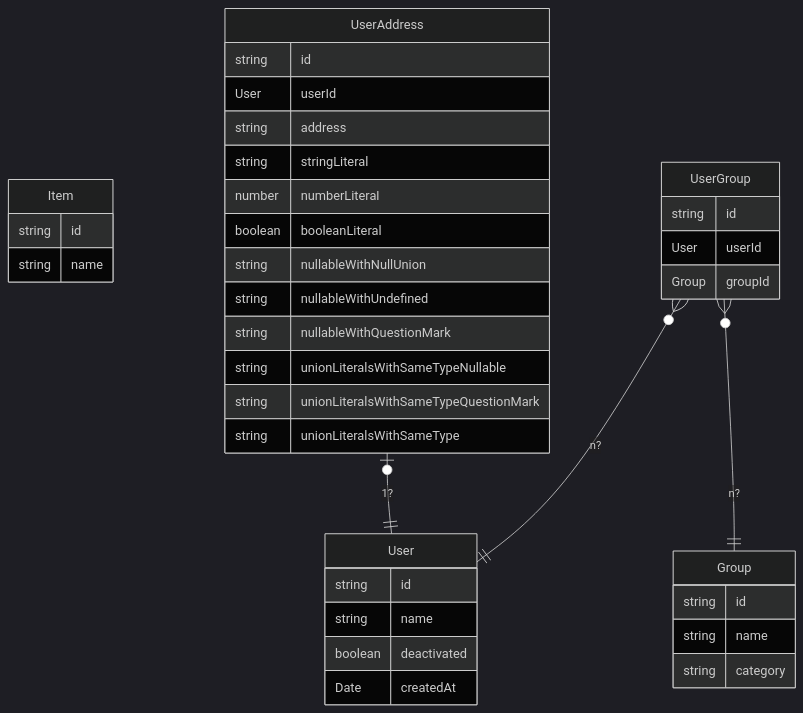
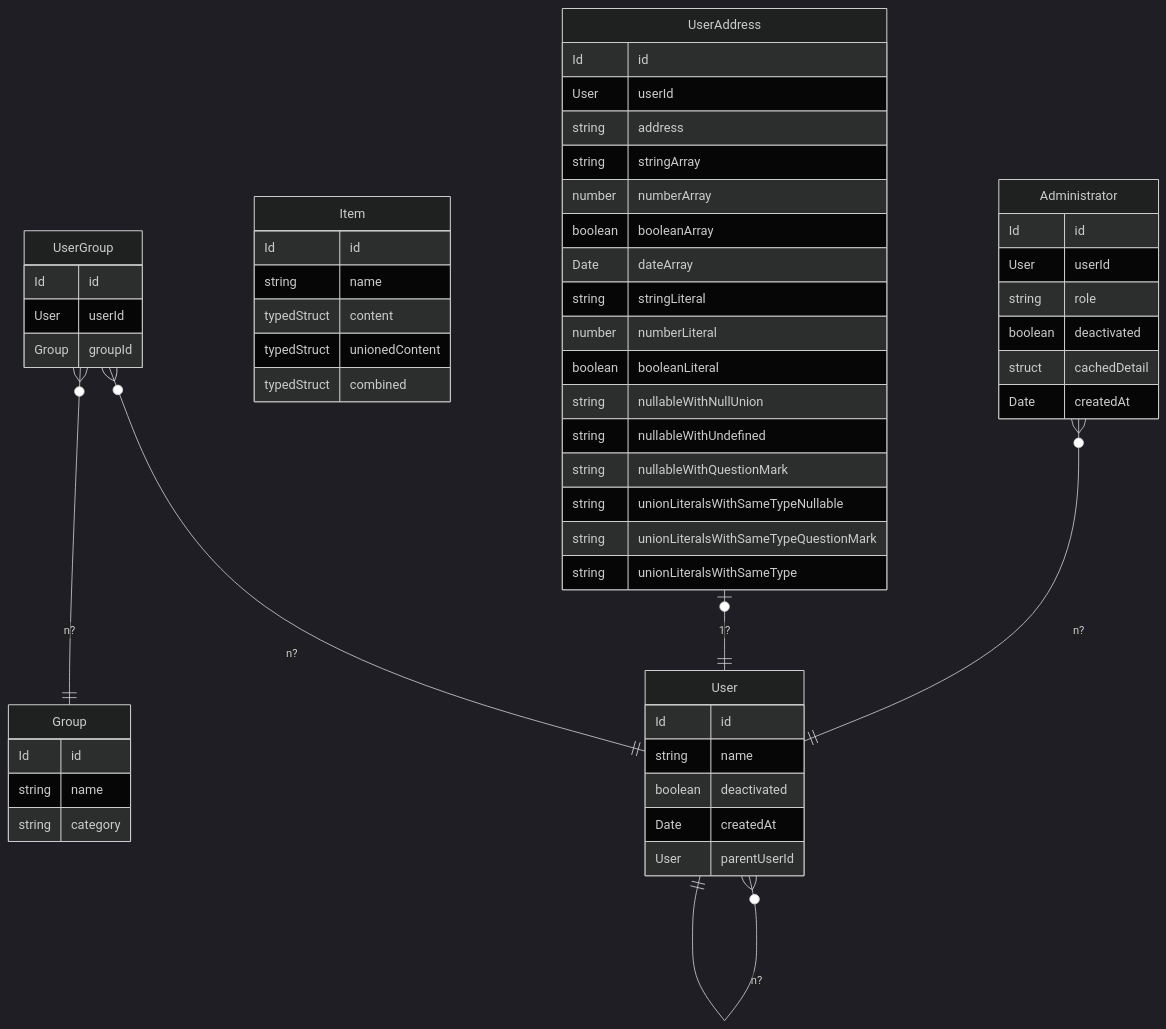
The diagram in README.md (HiromiShikata/entity-relation-diagram-from-ast), drawn with Mermaid (dark theme) before and after one commit. The commit also changed 5 other files, not shown here.

````diff
--- a/README.md
+++ b/README.md
@@ -9,41 +9,59 @@
 ```mermaid
 erDiagram
+  Administrator {
+    Id id
+    User userId
+    string role
+    boolean deactivated
+    struct cachedDetail
+    Date createdAt
+  }
   Group {
-    string id
+    Id id
     string name
     string category
   }
   Item {
-    string id
+    Id id
     string name
+    typedStruct content
+    typedStruct unionedContent
+    typedStruct combined
   }
   User {
-    string id
+    Id id
     string name
     boolean deactivated
     Date createdAt
+    User parentUserId
   }
   UserAddress {
-    string id
+    Id id
     User userId
     string address
+    string stringArray
+    number numberArray
+    boolean booleanArray
+    Date dateArray
     string stringLiteral
     number numberLiteral
     boolean booleanLiteral
     string nullableWithNullUnion
     string nullableWithUndefined
     string nullableWithQuestionMark
     string unionLiteralsWithSameTypeNullable
     string unionLiteralsWithSameTypeQuestionMark
     string unionLiteralsWithSameType
   }
   UserGroup {
-    string id
+    Id id
     User userId
     Group groupId
   }
 
+  Administrator zero or many --1 User : "n?"
+  User zero or many --1 User : "n?"
   UserAddress zero or one --1 User : "1?"
   UserGroup zero or many --1 User : "n?"
   UserGroup zero or many --1 Group : "n?"
 ```
````
